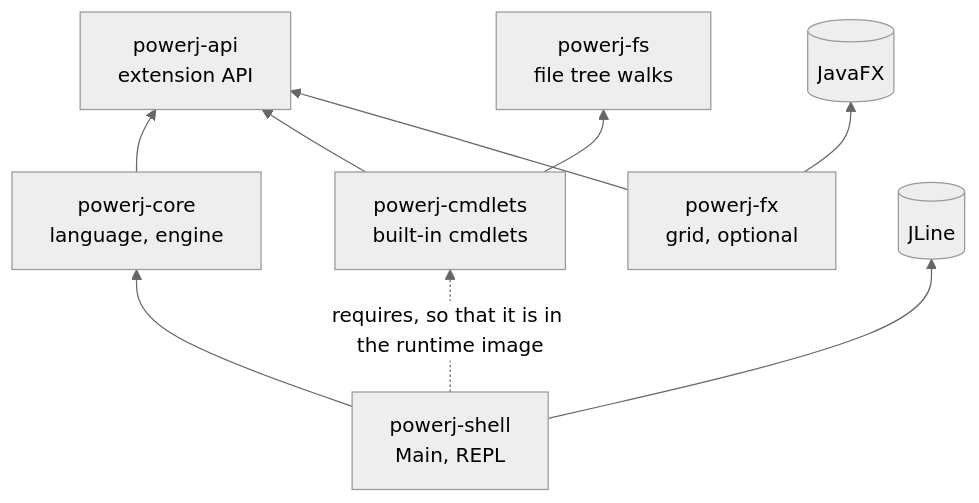
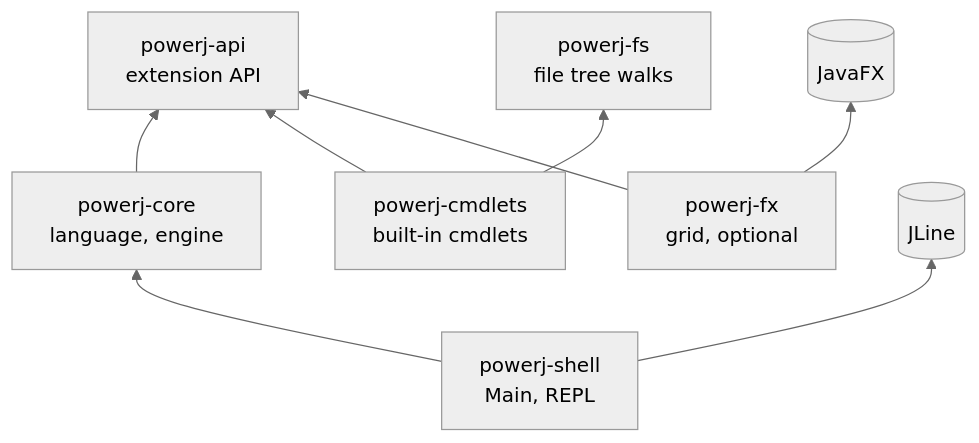
The second of 2 diagrams in docs/ARCHITECTURE.md (yp44/powerj), drawn with Mermaid (neutral theme) before and after one commit. The commit also changed other lines of this file and 22 other files, not shown here.

````diff
--- a/docs/ARCHITECTURE.md
+++ b/docs/ARCHITECTURE.md
@@ -29,17 +29,16 @@
 ```mermaid
 flowchart BT
     api[powerj-api<br/>extension API]
     fs[powerj-fs<br/>file tree walks]
     core[powerj-core<br/>language, engine]
     cmdlets[powerj-cmdlets<br/>built-in cmdlets]
     fx[powerj-fx<br/>grid, optional]
     shell[powerj-shell<br/>Main, REPL]
     core --> api
     cmdlets --> api
     cmdlets --> fs
     fx --> api
     shell --> core
-    shell -. "requires, so that it is in the runtime image" .-> cmdlets
     shell --> jline[(JLine)]
     fx --> javafx[(JavaFX)]
 ```
````
